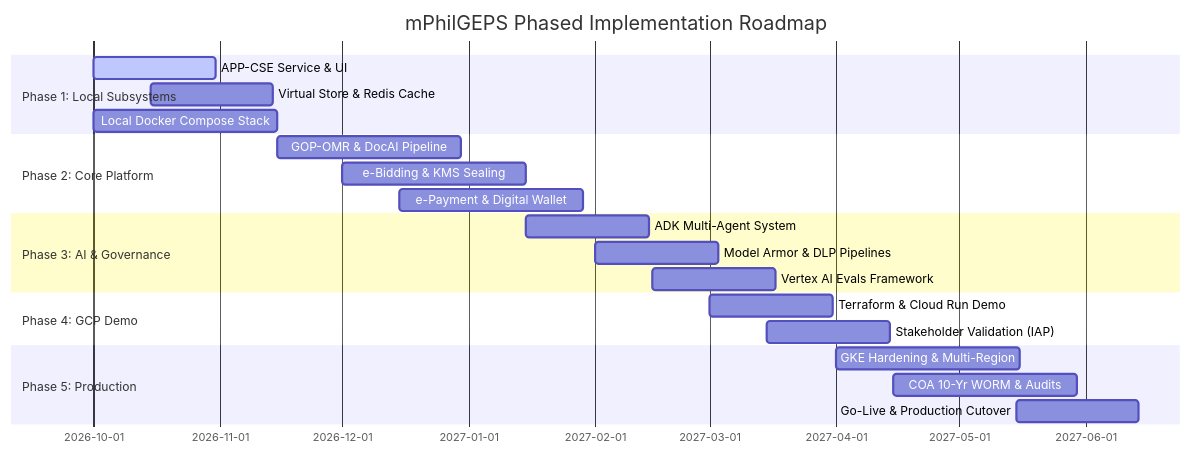
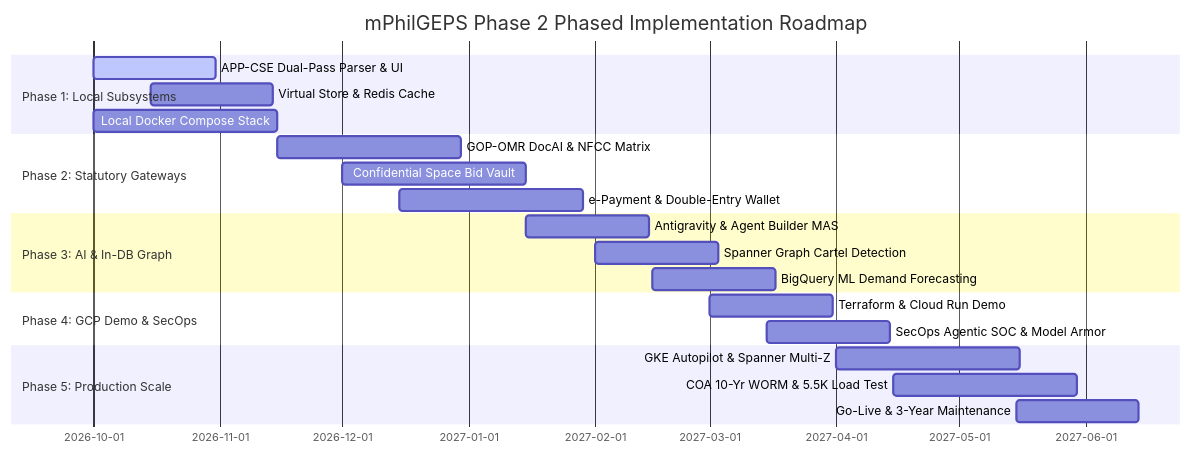
One commit to markea/psdbm-philgeps-2026 changed the diagram in mPhilGEPS_Implementation_Plan.md. Above: the diagram before and after it, drawn with Mermaid. The commit also changed other lines of this file and 4 other files, not shown here.

First line of the commit message:
Align BRD, TDD, and Implementation Plan with PS-DBM Gemini Requirements Architecture v1.0

````diff
--- a/mPhilGEPS_Implementation_Plan.md
+++ b/mPhilGEPS_Implementation_Plan.md
@@ -16,24 +20,24 @@
 ```mermaid
 gantt
-    title mPhilGEPS Phased Implementation Roadmap
+    title mPhilGEPS Phase 2 Phased Implementation Roadmap
     dateFormat  YYYY-MM-DD
     section Phase 1: Local Subsystems
-    APP-CSE Service & UI          :active, p1a, 2026-10-01, 30d
+    APP-CSE Dual-Pass Parser & UI :active, p1a, 2026-10-01, 30d
     Virtual Store & Redis Cache   :p1b, 2026-10-15, 30d
     Local Docker Compose Stack    :p1c, 2026-10-01, 45d
-    section Phase 2: Core Platform
-    GOP-OMR & DocAI Pipeline      :p2a, 2026-11-15, 45d
-    e-Bidding & KMS Sealing       :p2b, 2026-12-01, 45d
-    e-Payment & Digital Wallet    :p2c, 2026-12-15, 45d
-    section Phase 3: AI & Governance
-    ADK Multi-Agent System        :p3a, 2027-01-15, 30d
-    Model Armor & DLP Pipelines   :p3b, 2027-02-01, 30d
-    Vertex AI Evals Framework     :p3c, 2027-02-15, 30d
-    section Phase 4: GCP Demo
+    section Phase 2: Statutory Gateways
+    GOP-OMR DocAI & NFCC Matrix   :p2a, 2026-11-15, 45d
+    Confidential Space Bid Vault  :p2b, 2026-12-01, 45d
+    e-Payment & Double-Entry Wallet:p2c, 2026-12-15, 45d
+    section Phase 3: AI & In-DB Graph
+    Antigravity & Agent Builder MAS:p3a, 2027-01-15, 30d
+    Spanner Graph Cartel Detection:p3b, 2027-02-01, 30d
+    BigQuery ML Demand Forecasting :p3c, 2027-02-15, 30d
+    section Phase 4: GCP Demo & SecOps
     Terraform & Cloud Run Demo    :p4a, 2027-03-01, 30d
-    Stakeholder Validation (IAP)  :p4b, 2027-03-15, 30d
-    section Phase 5: Production
-    GKE Hardening & Multi-Region  :p5a, 2027-04-01, 45d
-    COA 10-Yr WORM & Audits       :p5b, 2027-04-15, 45d
-    Go-Live & Production Cutover  :p5c, 2027-05-15, 30d
+    SecOps Agentic SOC & Model Armor:p4b, 2027-03-15, 30d
+    section Phase 5: Production Scale
+    GKE Autopilot & Spanner Multi-Z:p5a, 2027-04-01, 45d
+    COA 10-Yr WORM & 5.5K Load Test:p5b, 2027-04-15, 45d
+    Go-Live & 3-Year Maintenance   :p5c, 2027-05-15, 30d
 ```
````
